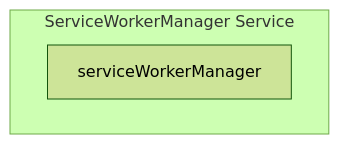
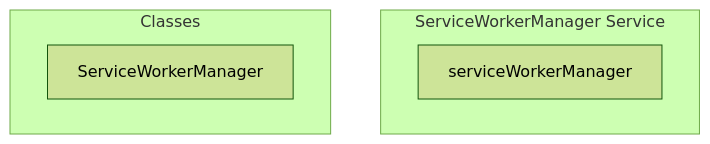
One commit to y4my4my4m/harmony changed the diagram in docs/api/services/serviceworkermanager.md. Above: the diagram before and after it, drawn with Mermaid (forest theme). The commit also changed other lines of this file and 350 other files, not shown here.

````diff
--- a/docs/api/services/serviceworkermanager.md
+++ b/docs/api/services/serviceworkermanager.md
@@ -7,11 +7,11 @@
 ```mermaid
 graph TB
     subgraph "ServiceWorkerManager Service"
         SERVICEWORKERMANAGER[ServiceWorkerManager]
         SERVICEWORKERMANAGER[serviceWorkerManager]
     end
     
-    
-    
-    
+    subgraph "Classes"
+        CLS_SERVICEWORKERMANAGER[ServiceWorkerManager]
+    end
 ```
````
